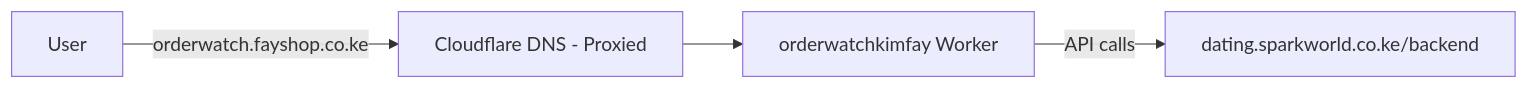
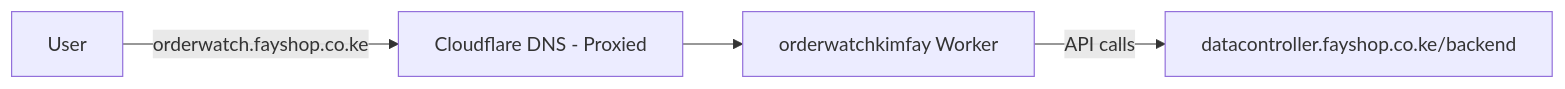
Before and after one commit to sparkworldke/kim-fay-orderwatch: the diagram in docs/orderwatch-custom-domain-setup.md, drawn with Mermaid. The commit also changed other lines of this file and 21 other files, not shown here.

````diff
--- a/docs/orderwatch-custom-domain-setup.md
+++ b/docs/orderwatch-custom-domain-setup.md
@@ -16,6 +19,6 @@
 ```mermaid
 flowchart LR
   User -->|orderwatch.fayshop.co.ke| CF[Cloudflare DNS - Proxied]
   CF --> Worker[orderwatchkimfay Worker]
-  Worker -->|API calls| Laravel[dating.sparkworld.co.ke/backend]
+  Worker -->|API calls| Laravel[datacontroller.fayshop.co.ke/backend]
 ```
````
